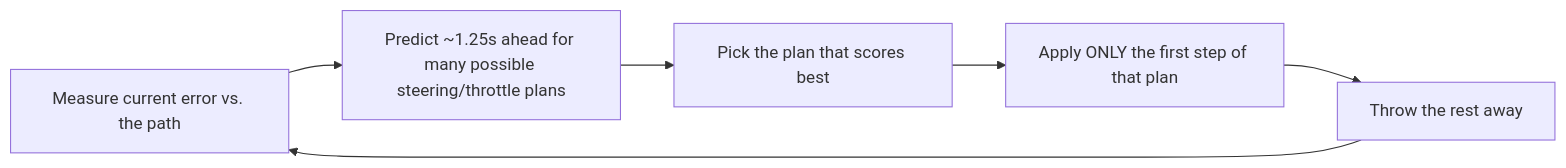
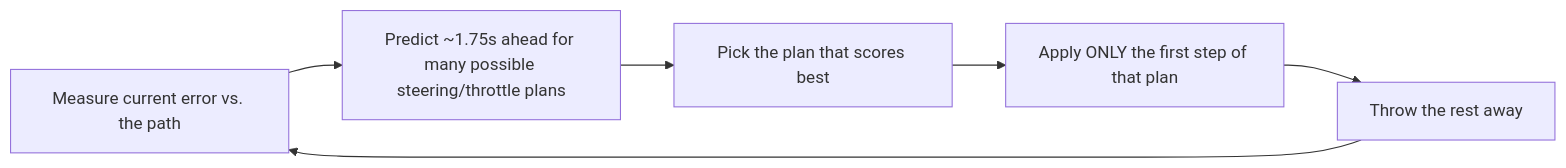
Before and after one commit to Martin-Jin/fsae_MPCTest: the first of 4 diagrams in docs/junior_project_mpc_docs.md, drawn with Mermaid. The commit also changed other lines of this file and 37 other files, not shown here.

````diff
--- a/docs/junior_project_mpc_docs.md
+++ b/docs/junior_project_mpc_docs.md
@@ -88,8 +88,8 @@
 ```mermaid
 graph LR
-    A["Measure current error vs. the path"] --> B["Predict ~1.25s ahead for many possible steering/throttle plans"]
+    A["Measure current error vs. the path"] --> B["Predict ~1.75s ahead for many possible steering/throttle plans"]
     B --> C["Pick the plan that scores best"]
     C --> D["Apply ONLY the first step of that plan"]
     D --> E["Throw the rest away"]
     E --> A
 ```
````
